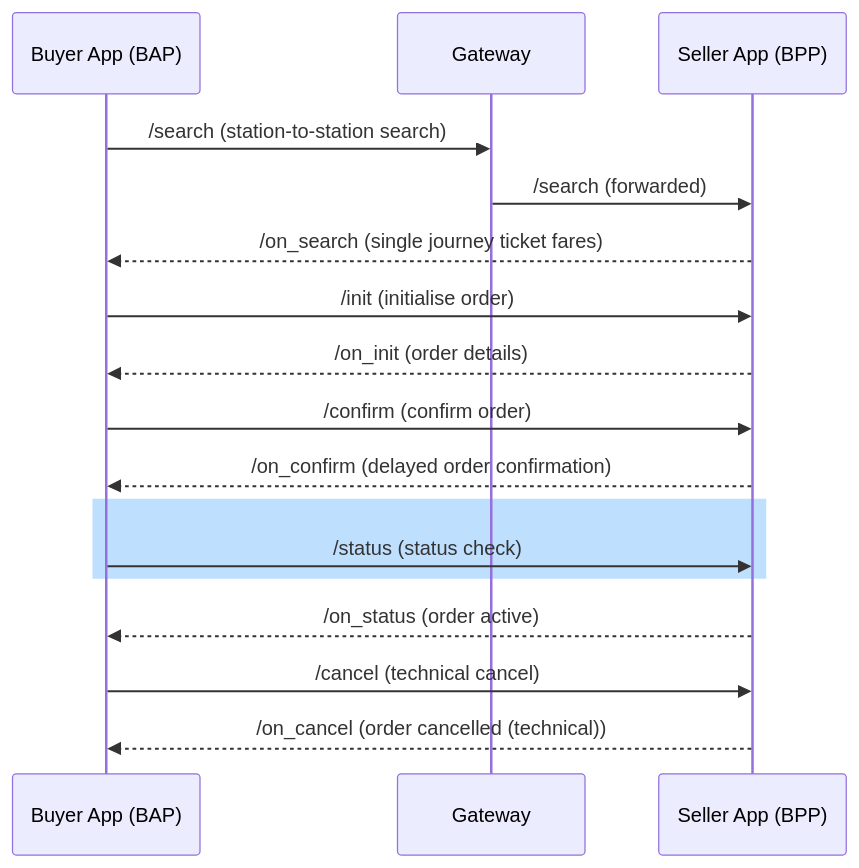
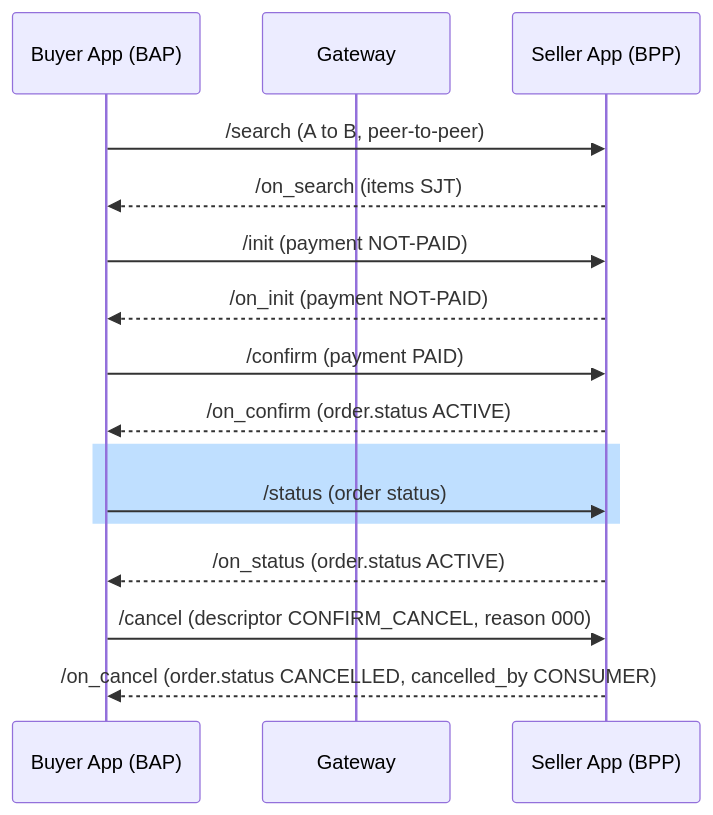
Before and after one commit to ONDC-Official/automation-specifications: the seventh of 10 diagrams in config/docs/technical-cancellation-flow-w-o-search-1-select-sequence-diagrams.md, drawn with Mermaid. The commit also changed other lines of this file and 24 other files, not shown here.

````diff
--- a/config/docs/technical-cancellation-flow-w-o-search-1-select-sequence-diagrams.md
+++ b/config/docs/technical-cancellation-flow-w-o-search-1-select-sequence-diagrams.md
@@ -144,19 +138,18 @@
 ```mermaid
 sequenceDiagram
   participant Buyer App (BAP)
   participant Gateway
   participant Seller App (BPP)
-  Buyer App (BAP)->>Gateway: /search (station-to-station search)
-  Gateway->>Seller App (BPP): /search (forwarded)
-  Seller App (BPP)-->>Buyer App (BAP): /on_search (single journey ticket fares)
-  Buyer App (BAP)->>Seller App (BPP): /init (initialise order)
-  Seller App (BPP)-->>Buyer App (BAP): /on_init (order details)
-  Buyer App (BAP)->>Seller App (BPP): /confirm (confirm order)
-  Seller App (BPP)-->>Buyer App (BAP): /on_confirm (delayed order confirmation)
+  Buyer App (BAP)->>Seller App (BPP): /search (A to B, peer-to-peer)
+  Seller App (BPP)-->>Buyer App (BAP): /on_search (items SJT)
+  Buyer App (BAP)->>Seller App (BPP): /init (payment NOT-PAID)
+  Seller App (BPP)-->>Buyer App (BAP): /on_init (payment NOT-PAID)
+  Buyer App (BAP)->>Seller App (BPP): /confirm (payment PAID)
+  Seller App (BPP)-->>Buyer App (BAP): /on_confirm (order.status ACTIVE)
   rect rgb(191, 223, 255)
-  Buyer App (BAP)->>Seller App (BPP): /status (status check)
+  Buyer App (BAP)->>Seller App (BPP): /status (order status)
   end
-  Seller App (BPP)-->>Buyer App (BAP): /on_status (order active)
-  Buyer App (BAP)->>Seller App (BPP): /cancel (technical cancel)
-  Seller App (BPP)-->>Buyer App (BAP): /on_cancel (order cancelled (technical))
+  Seller App (BPP)-->>Buyer App (BAP): /on_status (order.status ACTIVE)
+  Buyer App (BAP)->>Seller App (BPP): /cancel (descriptor CONFIRM_CANCEL, reason 000)
+  Seller App (BPP)-->>Buyer App (BAP): /on_cancel (order.status CANCELLED, cancelled_by CONSUMER)
 ```
````
